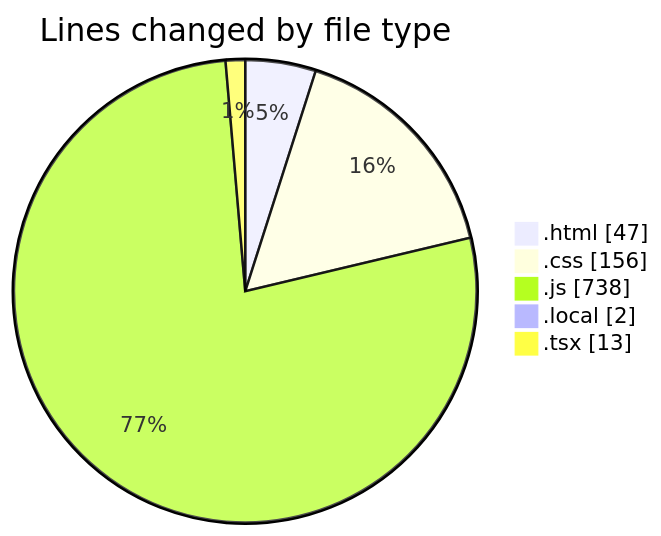
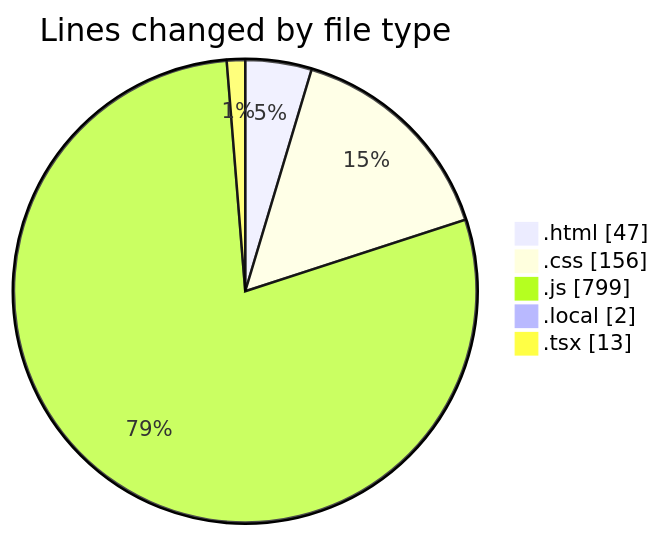
Before and after one commit to Ritupan-Deka/code-tracking: the first of 2 diagrams in 2025-05-03/projects/README.md, drawn with Mermaid. The commit also changed other lines of this file and 1 other file, not shown here.

````diff
--- a/2025-05-03/projects/README.md
+++ b/2025-05-03/projects/README.md
@@ -31,9 +31,9 @@
 ```mermaid
 pie showData
 title Lines changed by file type
 ".html" : 47
 ".css" : 156
-".js" : 738
+".js" : 799
 ".local" : 2
 ".tsx" : 13
 ```
````
